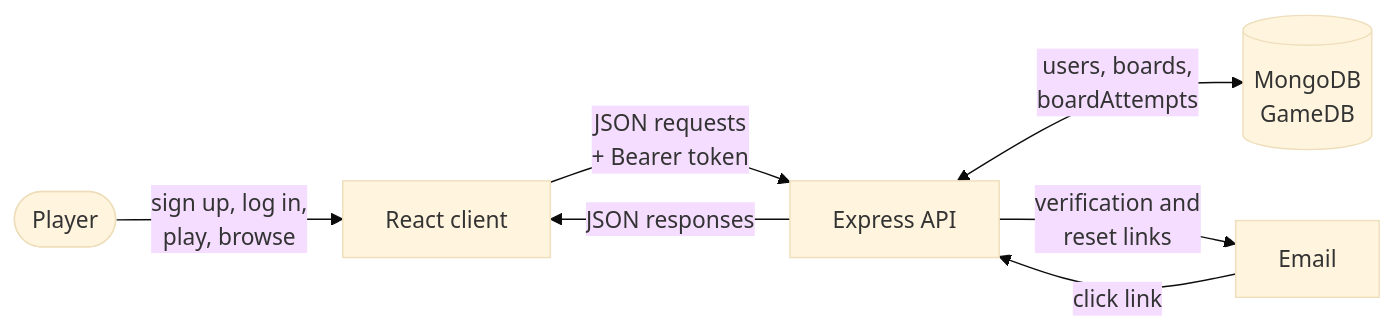
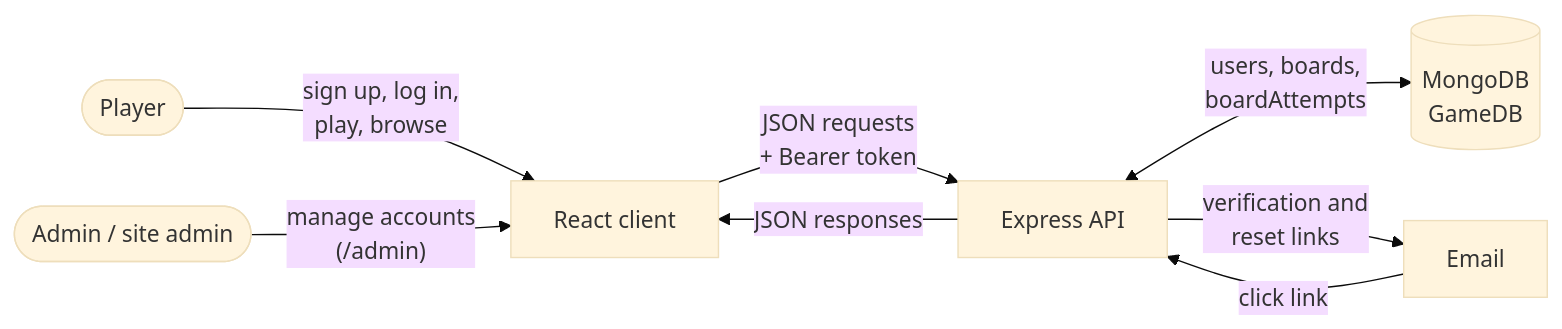
Before and after one commit to Skatboards/COP4331-MERN-Project: the first of 8 diagrams in docs/data-flow.md, drawn with Mermaid (base theme). The commit also changed other lines of this file and 20 other files, not shown here.

````diff
--- a/docs/data-flow.md
+++ b/docs/data-flow.md
@@ -9,15 +9,17 @@
 ```mermaid
 flowchart LR
     user(["Player"])
+    staff(["Admin / site admin"])
     ui["React client"]
     api["Express API"]
     db[("MongoDB<br/>GameDB")]
     mail["Email"]
 
     user -->|"sign up, log in,<br/>play, browse"| ui
+    staff -->|"manage accounts<br/>(/admin)"| ui
     ui -->|"JSON requests<br/>+ Bearer token"| api
     api -->|"JSON responses"| ui
     api <-->|"users, boards,<br/>boardAttempts"| db
     api -->|"verification and<br/>reset links"| mail
     mail -->|"click link"| api
 ```
````
